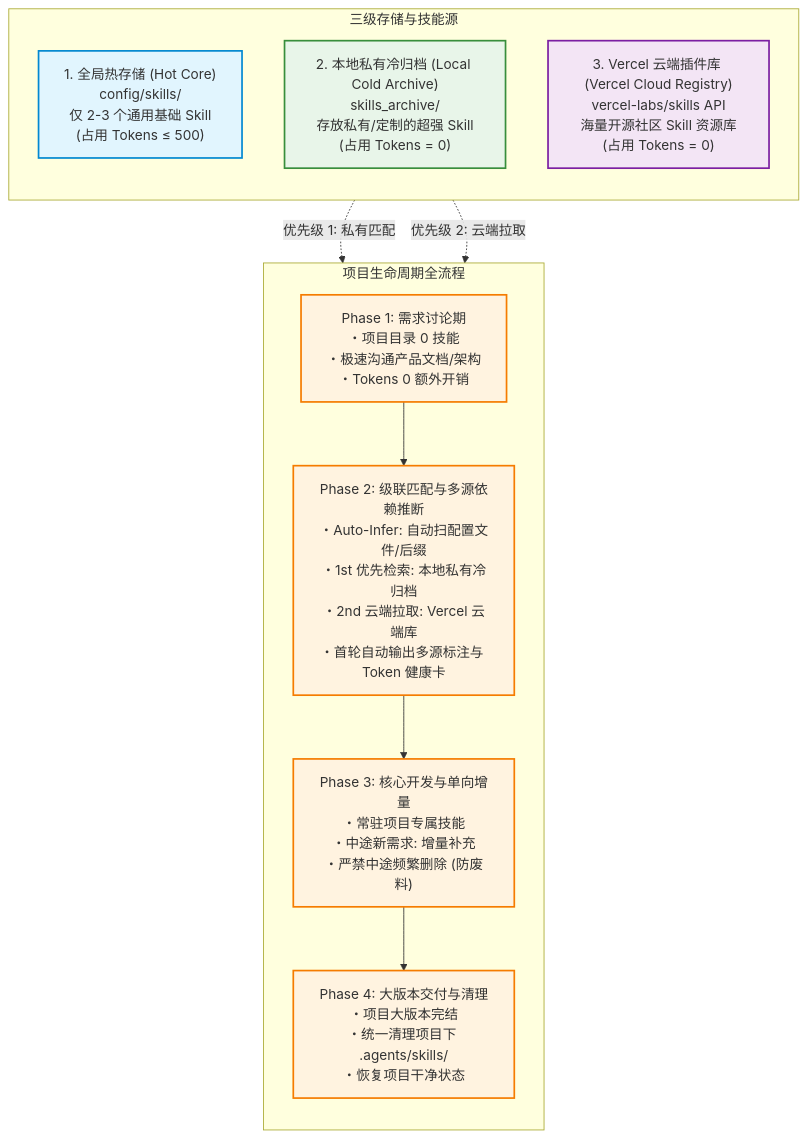
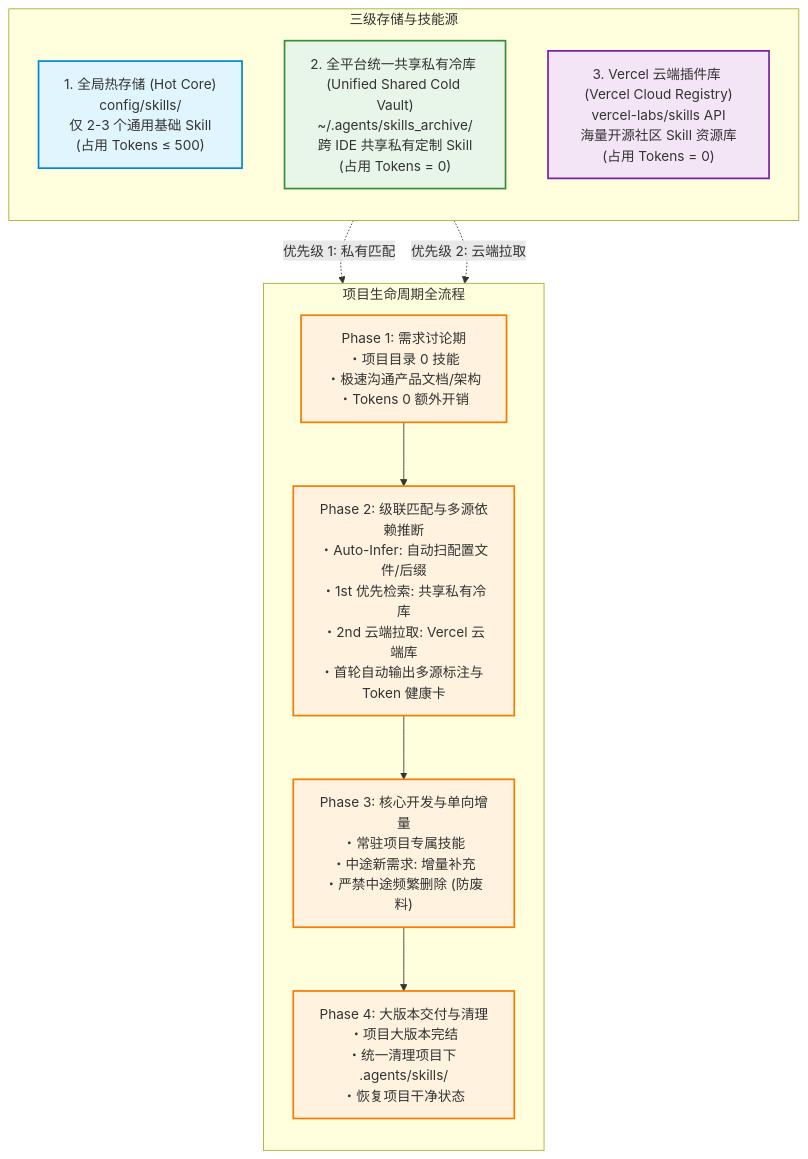
Before and after one commit to amasun/skill-orchestrator: the first of 2 diagrams in README.md, drawn with Mermaid. The commit also changed other lines of this file and 2 other files, not shown here.

Commit message:
Feat: Standardize on Unified Shared Cold Archive (~/.agents/skills_archive/) across code and docs (v2.6.0)

````diff
--- a/README.md
+++ b/README.md
@@ -96,27 +98,27 @@
 ```mermaid
 flowchart TD
     classDef hotStyle fill:#e1f5fe,stroke:#0288d1,stroke-width:2px;
     classDef coldStyle fill:#e8f5e9,stroke:#388e3c,stroke-width:2px;
     classDef cloudStyle fill:#f3e5f5,stroke:#7b1fa2,stroke-width:2px;
     classDef phaseStyle fill:#fff3e0,stroke:#f57c00,stroke-width:2px;
 
     subgraph STORAGE["三级存储与技能源"]
         direction TB
         HotCore["1. 全局热存储 (Hot Core)<br>config/skills/<br>仅 2-3 个通用基础 Skill<br>(占用 Tokens &le; 500)"]:::hotStyle
-        ColdArchive["2. 本地私有冷归档 (Local Cold Archive)<br>skills_archive/<br>存放私有/定制的超强 Skill<br>(占用 Tokens = 0)"]:::coldStyle
+        ColdArchive["2. 全平台统一共享私有冷库 (Unified Shared Cold Vault)<br>~/.agents/skills_archive/<br>跨 IDE 共享私有定制 Skill<br>(占用 Tokens = 0)"]:::coldStyle
         VercelCloud["3. Vercel 云端插件库 (Vercel Cloud Registry)<br>vercel-labs/skills API<br>海量开源社区 Skill 资源库<br>(占用 Tokens = 0)"]:::cloudStyle
     end
 
     subgraph LIFECYCLE["项目生命周期全流程"]
         direction TB
         P1["Phase 1: 需求讨论期<br>・项目目录 0 技能<br>・极速沟通产品文档/架构<br>・Tokens 0 额外开销"]:::phaseStyle
-        P2["Phase 2: 级联匹配与多源依赖推断<br>・Auto-Infer: 自动扫配置文件/后缀<br>・1st 优先检索: 本地私有冷归档<br>・2nd 云端拉取: Vercel 云端库<br>・首轮自动输出多源标注与 Token 健康卡"]:::phaseStyle
+        P2["Phase 2: 级联匹配与多源依赖推断<br>・Auto-Infer: 自动扫配置文件/后缀<br>・1st 优先检索: 共享私有冷库<br>・2nd 云端拉取: Vercel 云端库<br>・首轮自动输出多源标注与 Token 健康卡"]:::phaseStyle
         P3["Phase 3: 核心开发与单向增量<br>・常驻项目专属技能<br>・中途新需求: 增量补充<br>・严禁中途频繁删除 (防废料)"]:::phaseStyle
         P4["Phase 4: 大版本交付与清理<br>・项目大版本完结<br>・统一清理项目下 .agents/skills/<br>・恢复项目干净状态"]:::phaseStyle
 
         P1 --> P2 --> P3 --> P4
     end
 
     ColdArchive -.->|优先级 1: 私有匹配| P2
     VercelCloud -.->|优先级 2: 云端拉取| P2
 ```
````
